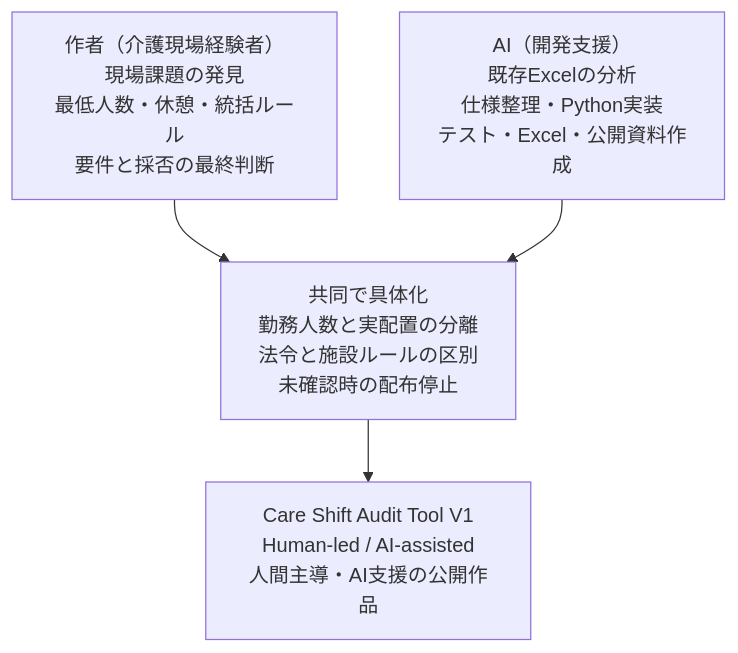
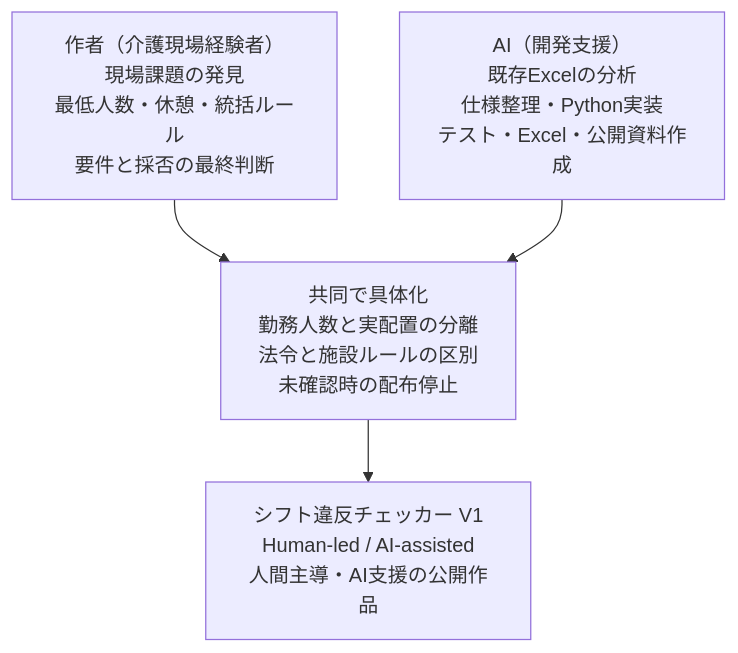
Before and after one commit to ruru105/care-shift-audit-tool: the diagram in README.md, drawn with Mermaid. The commit also changed other lines of this file and 2 other files, not shown here.

Commit message:
Rename project display name to Shift Rule Checker (シフト違反チェッカー)

````diff
--- a/README.md
+++ b/README.md
@@ -68,11 +70,11 @@
 ```mermaid
 flowchart TB
     H["作者（介護現場経験者）<br/>現場課題の発見<br/>最低人数・休憩・統括ルール<br/>要件と採否の最終判断"]
     A["AI（開発支援）<br/>既存Excelの分析<br/>仕様整理・Python実装<br/>テスト・Excel・公開資料作成"]
     C["共同で具体化<br/>勤務人数と実配置の分離<br/>法令と施設ルールの区別<br/>未確認時の配布停止"]
-    V["Care Shift Audit Tool V1<br/>Human-led / AI-assisted<br/>人間主導・AI支援の公開作品"]
+    V["シフト違反チェッカー V1<br/>Human-led / AI-assisted<br/>人間主導・AI支援の公開作品"]
 
     H --> C
     A --> C
     C --> V
 ```
````
